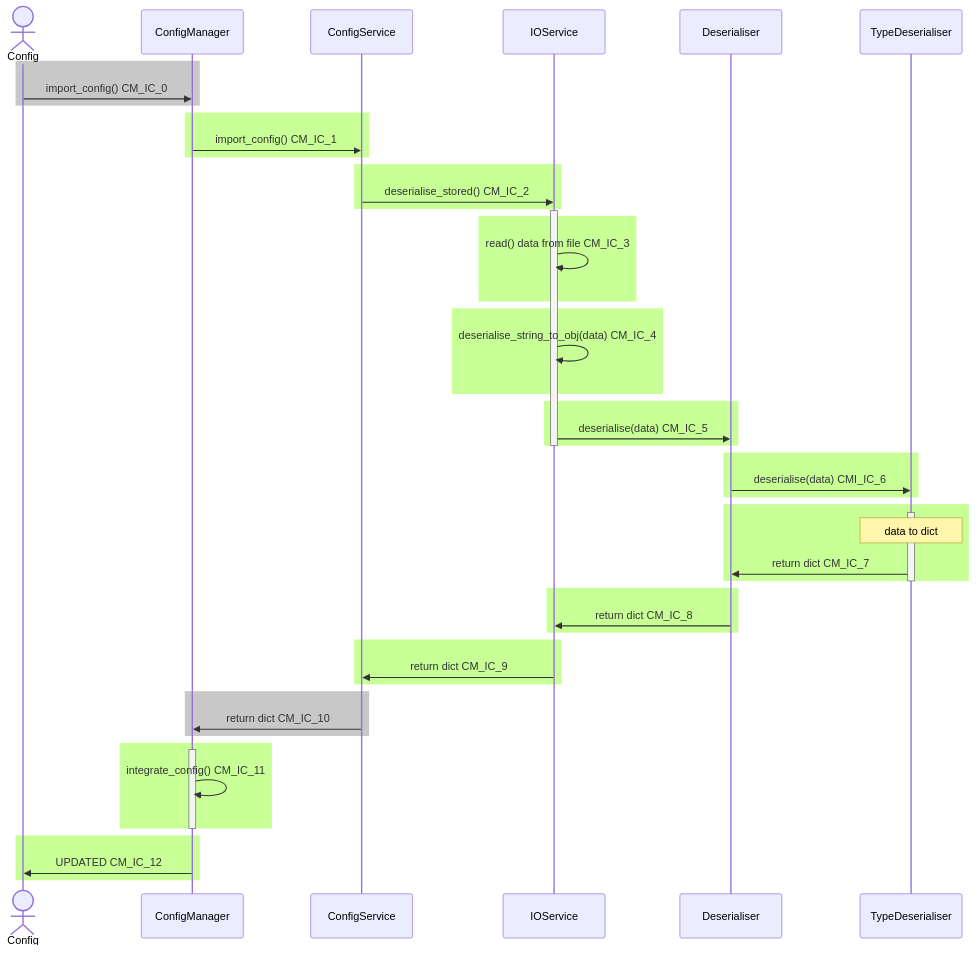
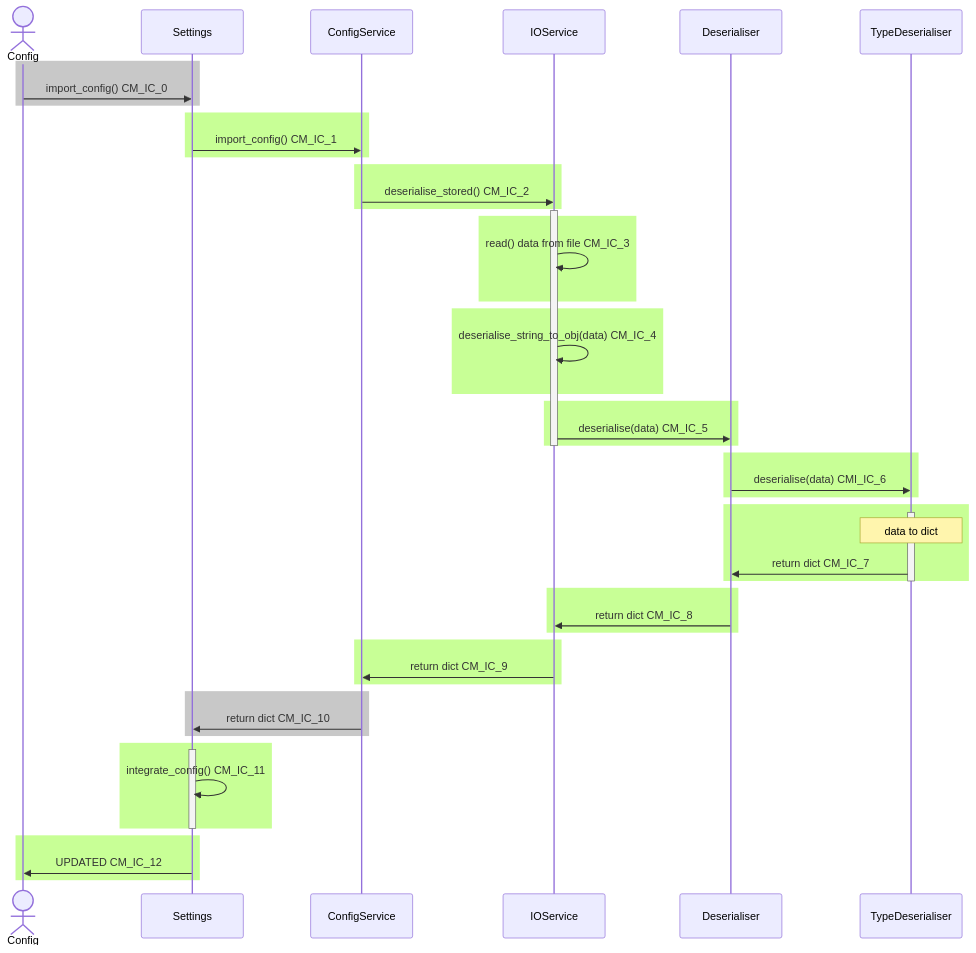
One commit to JonOfScience/EtymTreePython changed the diagram in README.md. Above: the diagram before and after it, drawn with Mermaid. The commit also changed other lines of this file and 6 other files, not shown here.

````diff
--- a/README.md
+++ b/README.md
@@ -7,70 +7,70 @@
 ```mermaid
 sequenceDiagram
     actor Config
-    Participant ConfigManager
+    Participant Settings
     participant ConfigService
     participant IOService
     participant Deserialiser
     participant TypeDeserialiser
     
     rect rgb(200, 200, 200)
-    Config->>ConfigManager: import_config() CM_IC_0
+    Config->>Settings: import_config() CM_IC_0
     end
 
     rect rgb(200, 255, 150)
-    ConfigManager->>ConfigService: import_config() CM_IC_1
+    Settings->>ConfigService: import_config() CM_IC_1
     end
 
     rect rgb(200, 255, 150)
     ConfigService->>IOService: deserialise_stored() CM_IC_2
     end
 
     activate IOService
     
     rect rgb(200, 255, 150)
     IOService->>IOService: read() data from file CM_IC_3
     end
     
     rect rgb(200, 255, 150)
     IOService->>IOService: deserialise_string_to_obj(data) CM_IC_4
     end
     
     rect rgb(200, 255, 150)
     IOService->>Deserialiser: deserialise(data) CM_IC_5
     end
     
     deactivate IOService
     
     rect rgb(200, 255, 150)
     Deserialiser->>TypeDeserialiser: deserialise(data) CMI_IC_6
     end
 
     rect rgb(200, 255, 150)
     activate TypeDeserialiser
     Note over TypeDeserialiser: data to dict
     TypeDeserialiser->>Deserialiser: return dict CM_IC_7
     end
     deactivate TypeDeserialiser
 
     rect rgb(200, 255, 150)
     Deserialiser->>IOService: return dict CM_IC_8
     end
 
     rect rgb(200, 255, 150)
     IOService->>ConfigService: return dict CM_IC_9
     end
 
     rect rgb(200, 200, 200)
-    ConfigService->>ConfigManager: return dict CM_IC_10
+    ConfigService->>Settings: return dict CM_IC_10
     end
 
     rect rgb(200, 255, 150)
-    activate ConfigManager
-    ConfigManager->>ConfigManager: integrate_config() CM_IC_11
+    activate Settings
+    Settings->>Settings: integrate_config() CM_IC_11
     end
-    deactivate ConfigManager
+    deactivate Settings
     
     rect rgb(200, 255, 150)
-    ConfigManager ->> Config: UPDATED CM_IC_12
+    Settings ->> Config: UPDATED CM_IC_12
     end
 ```
````
